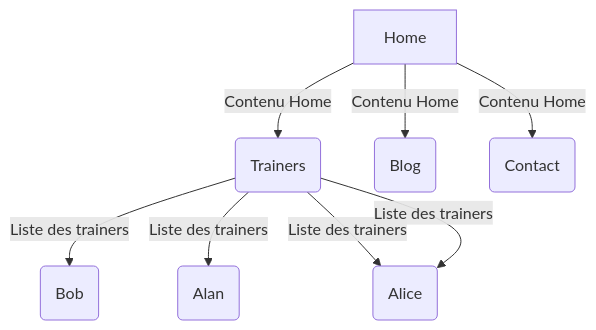
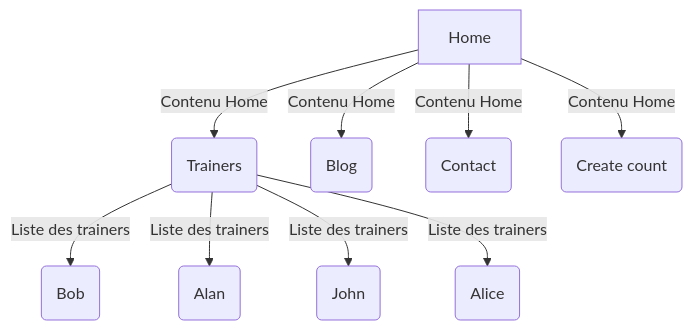
The diagram in chap1_installation.md (aahWeb/SYMFONY), drawn with Mermaid before and after one commit.

Commit message:
tree arbo modifier conforme a la structure du projet

````diff
--- a/chap1_installation.md
+++ b/chap1_installation.md
@@ -439,10 +439,11 @@
 ```mermaid
 graph TD
   A[Home] -->|Contenu Home| B(Trainers)
   A -->|Contenu Home| C(Blog)
   A -->|Contenu Home| D(Contact)
-  B -->|Liste des trainers| E(Bob)
-  B -->|Liste des trainers| F(Alan)
-  B -->|Liste des trainers| G(John)
-  B -->|Liste des trainers| G(Alice)
+  A -->|Contenu Home| E(Create count)
+  B -->|Liste des trainers| EE(Bob)
+  B -->|Liste des trainers| FF(Alan)
+  B -->|Liste des trainers| GG(John)
+  B -->|Liste des trainers| HH(Alice)
 ```
````
